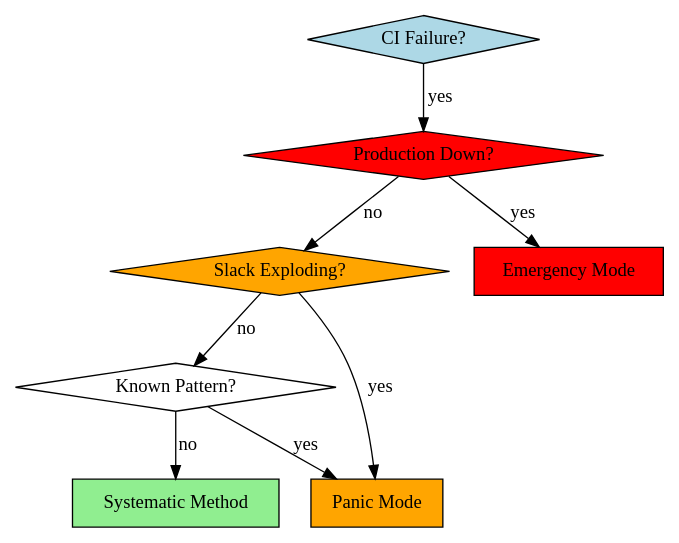
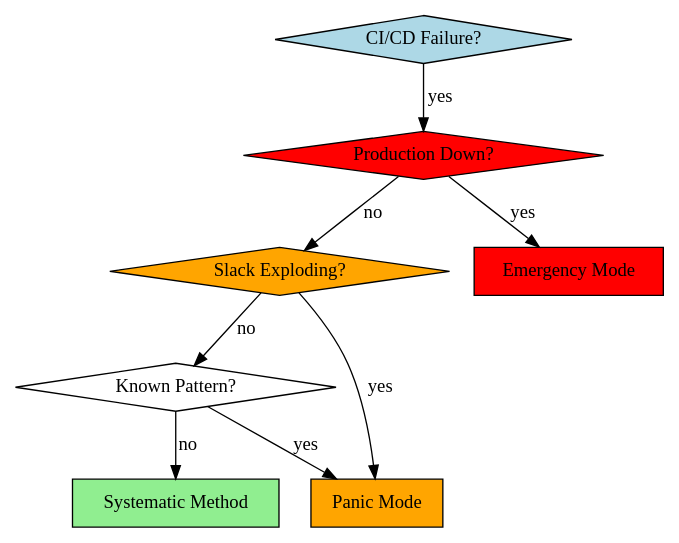
The diagram in users/shared/.config/claude/skills/ci-troubleshooting/SKILL.md (baleen37/dotfiles), drawn with Graphviz before and after one commit. The commit also changed other lines of this file and 10 other files, not shown here.

````diff
--- a/users/shared/.config/claude/skills/ci-troubleshooting/SKILL.md
+++ b/users/shared/.config/claude/skills/ci-troubleshooting/SKILL.md
@@ -14,19 +14,19 @@
 ```dot
-digraph ci_troubleshooting_flow {
-    "CI Failure?" [shape=diamond, style=filled, fillcolor=lightblue];
+digraph ci_decision_matrix {
+    "CI/CD Failure?" [shape=diamond, style=filled, fillcolor=lightblue];
     "Production Down?" [shape=diamond, style=filled, fillcolor=red];
     "Slack Exploding?" [shape=diamond, style=filled, fillcolor=orange];
     "Known Pattern?" [shape=diamond];
     "Emergency Mode" [shape=box, style=filled, fillcolor=red];
     "Panic Mode" [shape=box, style=filled, fillcolor=orange];
     "Systematic Method" [shape=box, style=filled, fillcolor=lightgreen];
 
-    "CI Failure?" -> "Production Down?" [label="yes"];
+    "CI/CD Failure?" -> "Production Down?" [label="yes"];
     "Production Down?" -> "Emergency Mode" [label="yes"];
     "Production Down?" -> "Slack Exploding?" [label="no"];
     "Slack Exploding?" -> "Panic Mode" [label="yes"];
     "Slack Exploding?" -> "Known Pattern?" [label="no"];
     "Known Pattern?" -> "Systematic Method" [label="no"];
     "Known Pattern?" -> "Panic Mode" [label="yes"];
 }
 ```
````
